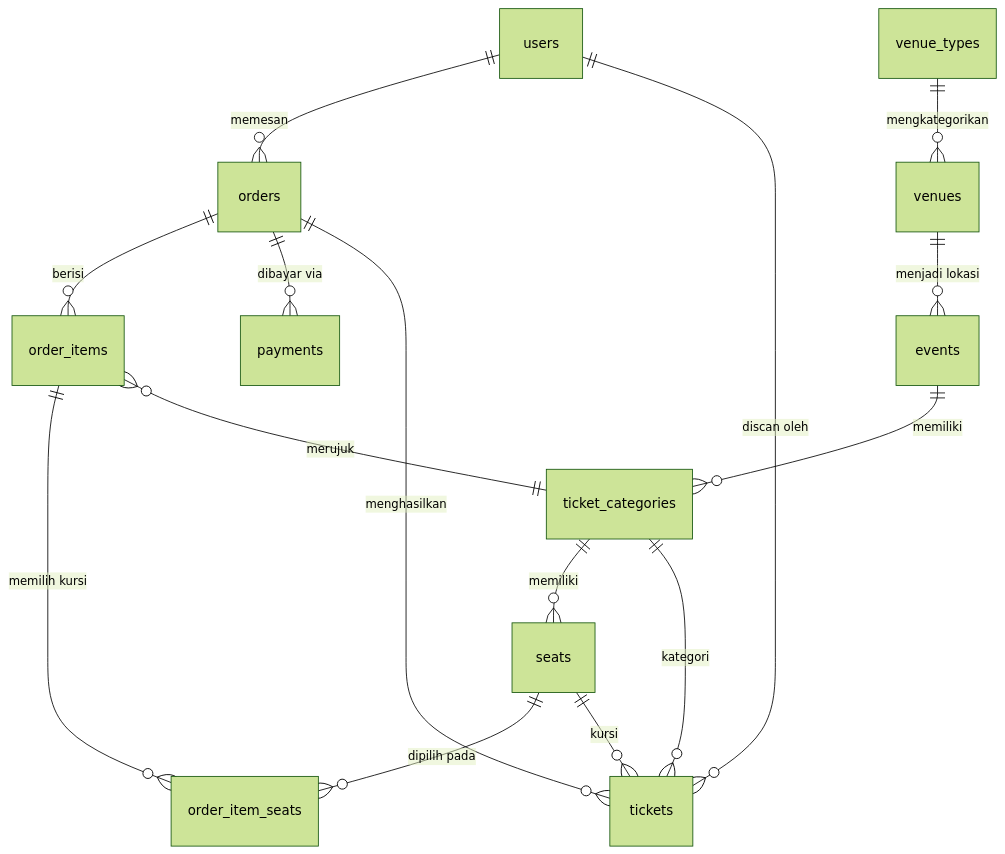
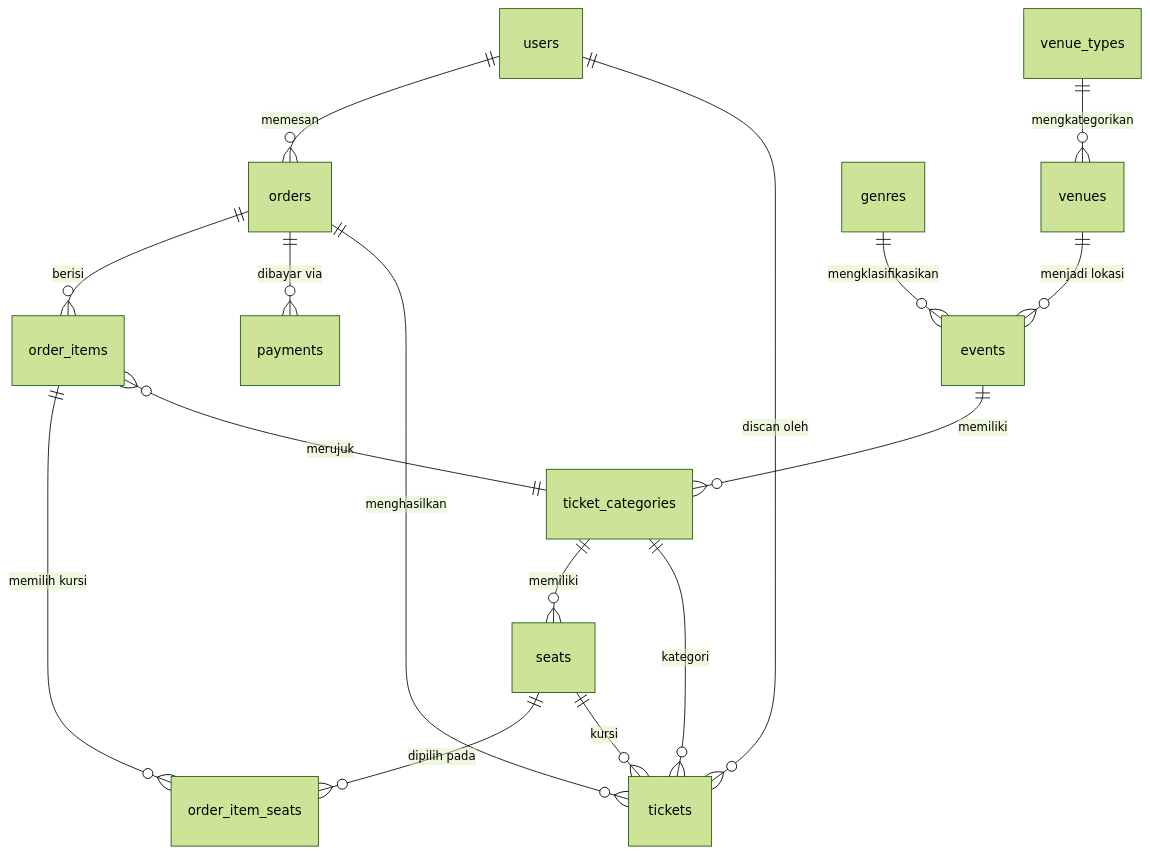
Before and after one commit to Hisyam12350/API-Sistem-Pemesanan-Tiket-Konser: the diagram in README.md, drawn with Mermaid (forest theme). The commit also changed other lines of this file and 9 other files, not shown here.

````diff
--- a/README.md
+++ b/README.md
@@ -70,17 +71,18 @@
 ```mermaid
 erDiagram
     users ||--o{ orders : "memesan"
     venue_types ||--o{ venues : "mengkategorikan"
     venues ||--o{ events : "menjadi lokasi"
+    genres ||--o{ events : "mengklasifikasikan"
     events ||--o{ ticket_categories : "memiliki"
     ticket_categories ||--o{ seats : "memiliki"
     orders ||--o{ order_items : "berisi"
     order_items ||--o{ order_item_seats : "memilih kursi"
     order_items }o--|| ticket_categories : "merujuk"
     seats ||--o{ order_item_seats : "dipilih pada"
     orders ||--o{ payments : "dibayar via"
     orders ||--o{ tickets : "menghasilkan"
     ticket_categories ||--o{ tickets : "kategori"
     seats ||--o{ tickets : "kursi"
     users ||--o{ tickets : "discan oleh"
 ```
````
